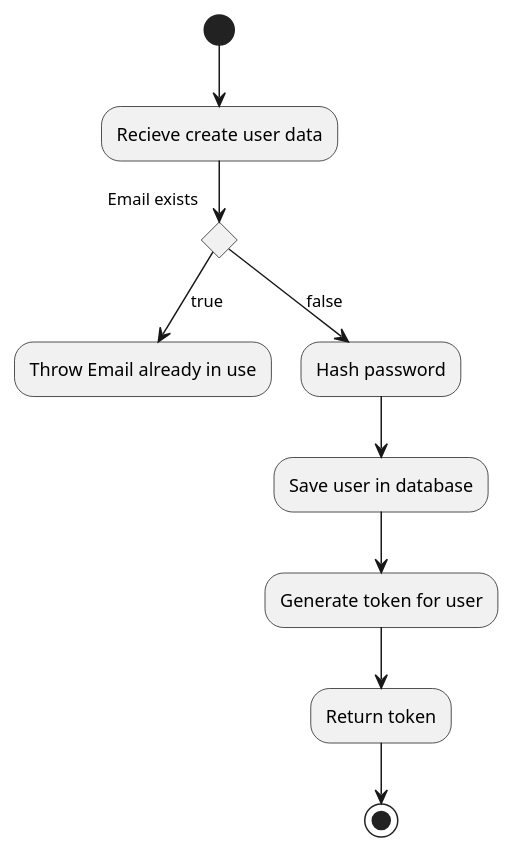
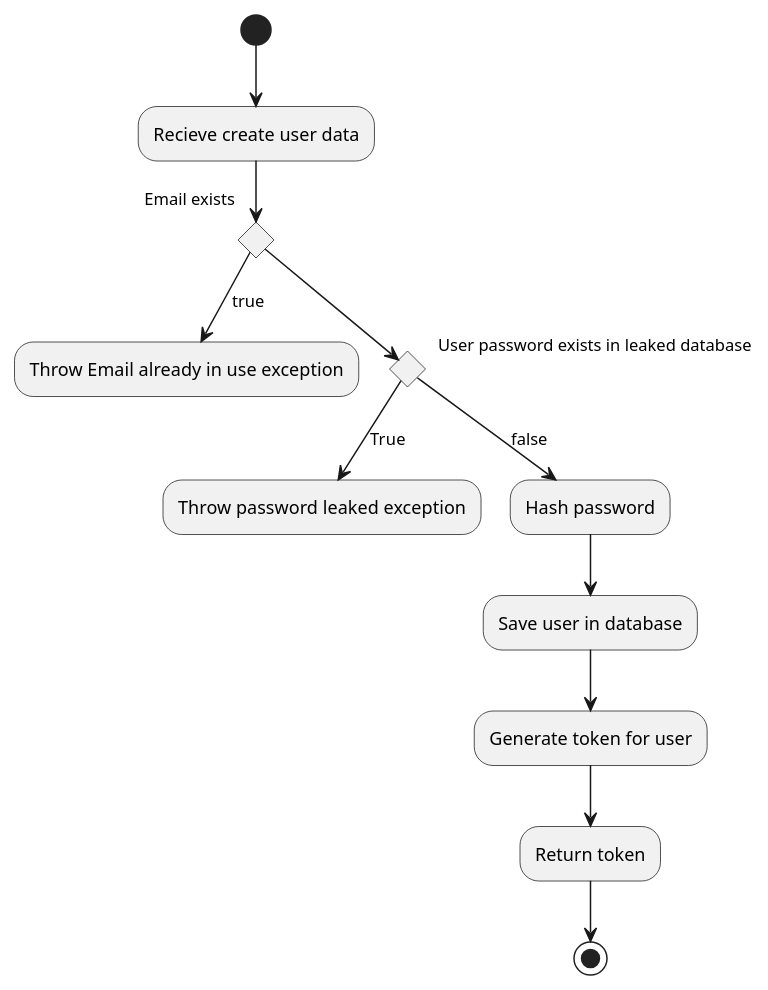
Before and after one commit to blackout1471/trust-us-school: the diagram in Docs/FlowCharts/CreateUserFlowChart.plantuml, drawn with PlantUML. The commit also changed 1 other file, not shown here.

Commit message:
Added flow for leaked password

```diff
--- a/Docs/FlowCharts/CreateUserFlowChart.plantuml
+++ b/Docs/FlowCharts/CreateUserFlowChart.plantuml
@@ -1,14 +1,17 @@
 @startuml Create User Flowchart
 
 (*) --> "Recieve create user data"
 if "Email exists" then
-  -->[true] "Throw Email already in use"
+  -->[true] "Throw Email already in use exception"
 else 
-  -->[false] "Hash password"
-  --> "Save user in database"
-  --> "Generate token for user"
-  --> "Return token"
-  --> (*)
+  if "User password exists in leaked database" then
+    -->[True]"Throw password leaked exception"
+  else
+    -->[false] "Hash password"
+    --> "Save user in database"
+    --> "Generate token for user"
+    --> "Return token"
+    --> (*)
 end if 
 
 @enduml
```
